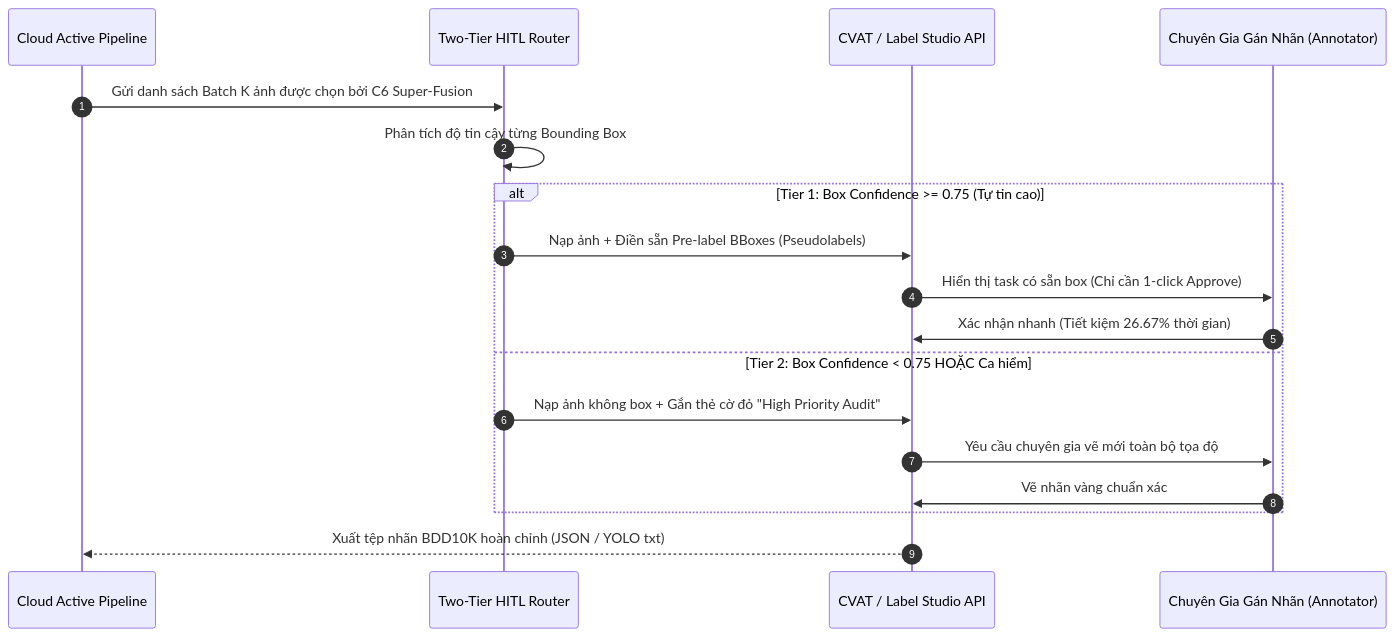
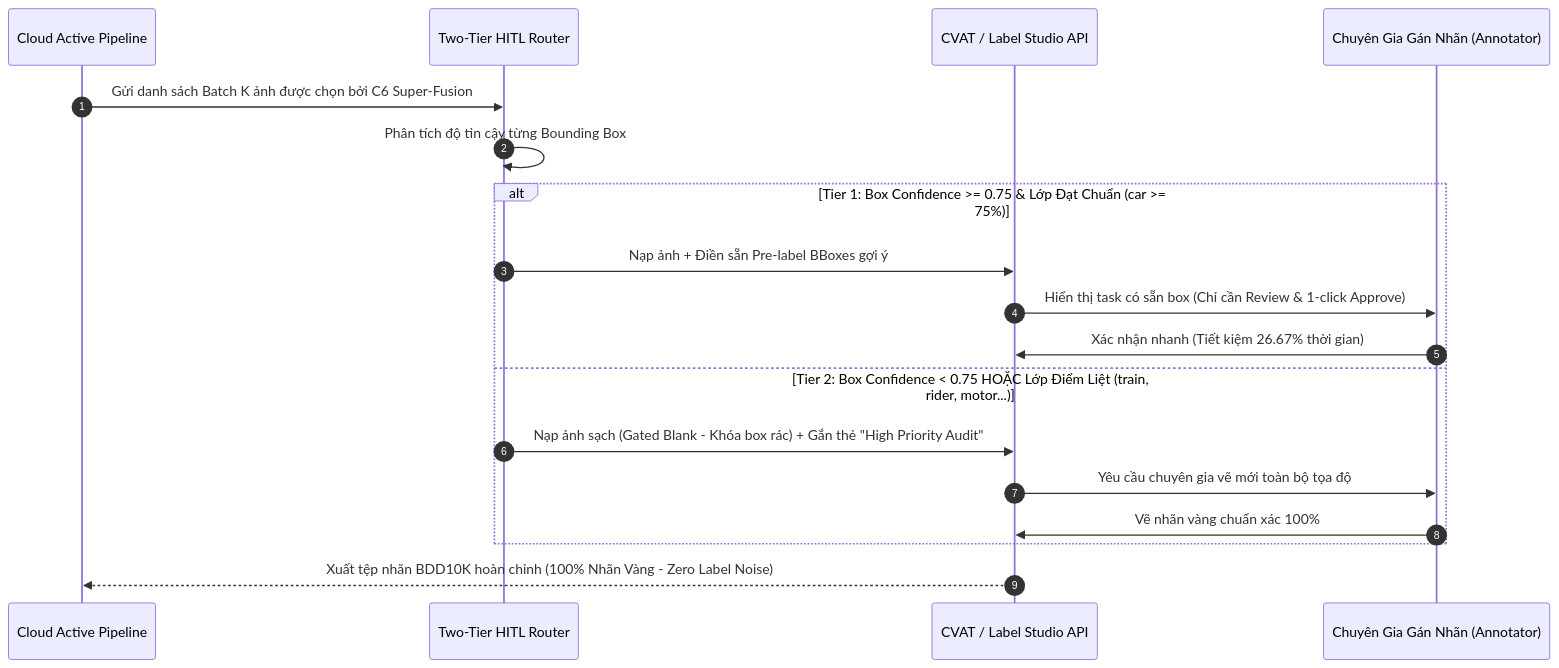
One commit to nguyenhuynhdt37/autonomous-driving-active-learning-lab changed the second of 3 diagrams in docs/05_EDGE_DEPLOYMENT_AND_STREAMING_HITL.md. Above: the diagram before and after it, drawn with Mermaid. The commit also changed 8 other files, not shown here.

Commit message:
docs: synchronize continuous active loop diagrams and quality-gated hitl policy across all markdown files

````diff
--- a/docs/05_EDGE_DEPLOYMENT_AND_STREAMING_HITL.md
+++ b/docs/05_EDGE_DEPLOYMENT_AND_STREAMING_HITL.md
@@ -64,21 +64,21 @@
 ```mermaid
 sequenceDiagram
     autonumber
     participant Cloud as Cloud Active Pipeline
     participant Router as Two-Tier HITL Router
     participant API as CVAT / Label Studio API
     participant Annotator as Chuyên Gia Gán Nhãn (Annotator)
 
     Cloud->>Router: Gửi danh sách Batch K ảnh được chọn bởi C6 Super-Fusion
     Router->>Router: Phân tích độ tin cậy từng Bounding Box
-    alt Tier 1: Box Confidence >= 0.75 (Tự tin cao)
-        Router->>API: Nạp ảnh + Điền sẵn Pre-label BBoxes (Pseudolabels)
-        API->>Annotator: Hiển thị task có sẵn box (Chỉ cần 1-click Approve)
+    alt Tier 1: Box Confidence >= 0.75 & Lớp Đạt Chuẩn (car >= 75%)
+        Router->>API: Nạp ảnh + Điền sẵn Pre-label BBoxes gợi ý
+        API->>Annotator: Hiển thị task có sẵn box (Chỉ cần Review & 1-click Approve)
         Annotator->>API: Xác nhận nhanh (Tiết kiệm 26.67% thời gian)
-    else Tier 2: Box Confidence < 0.75 HOẶC Ca hiểm
-        Router->>API: Nạp ảnh không box + Gắn thẻ cờ đỏ "High Priority Audit"
+    else Tier 2: Box Confidence < 0.75 HOẶC Lớp Điểm Liệt (train, rider, motor...)
+        Router->>API: Nạp ảnh sạch (Gated Blank - Khóa box rác) + Gắn thẻ "High Priority Audit"
         API->>Annotator: Yêu cầu chuyên gia vẽ mới toàn bộ tọa độ
-        Annotator->>API: Vẽ nhãn vàng chuẩn xác
+        Annotator->>API: Vẽ nhãn vàng chuẩn xác 100%
     end
-    API-->>Cloud: Xuất tệp nhãn BDD10K hoàn chỉnh (JSON / YOLO txt)
+    API-->>Cloud: Xuất tệp nhãn BDD10K hoàn chỉnh (100% Nhãn Vàng - Zero Label Noise)
 ```
````
